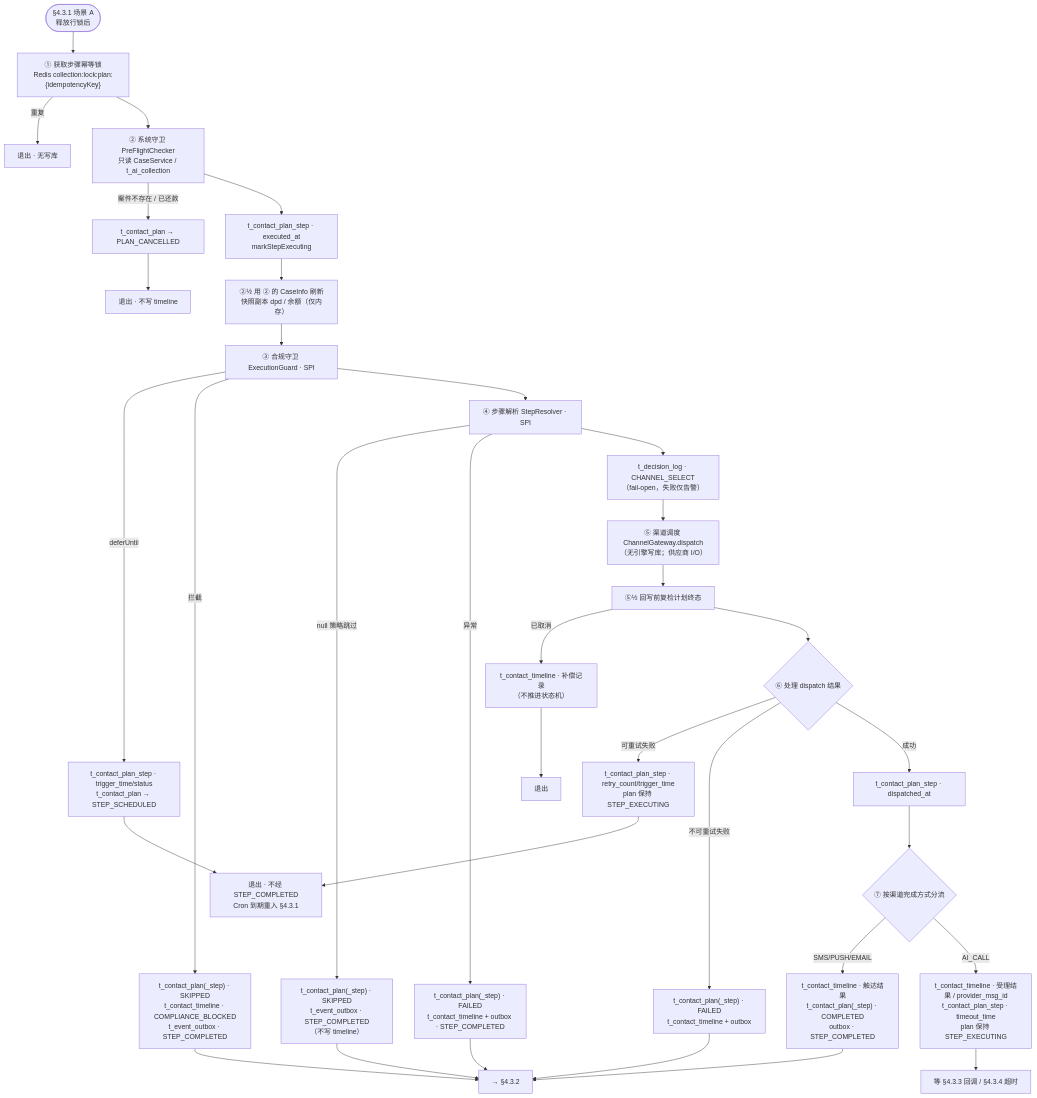
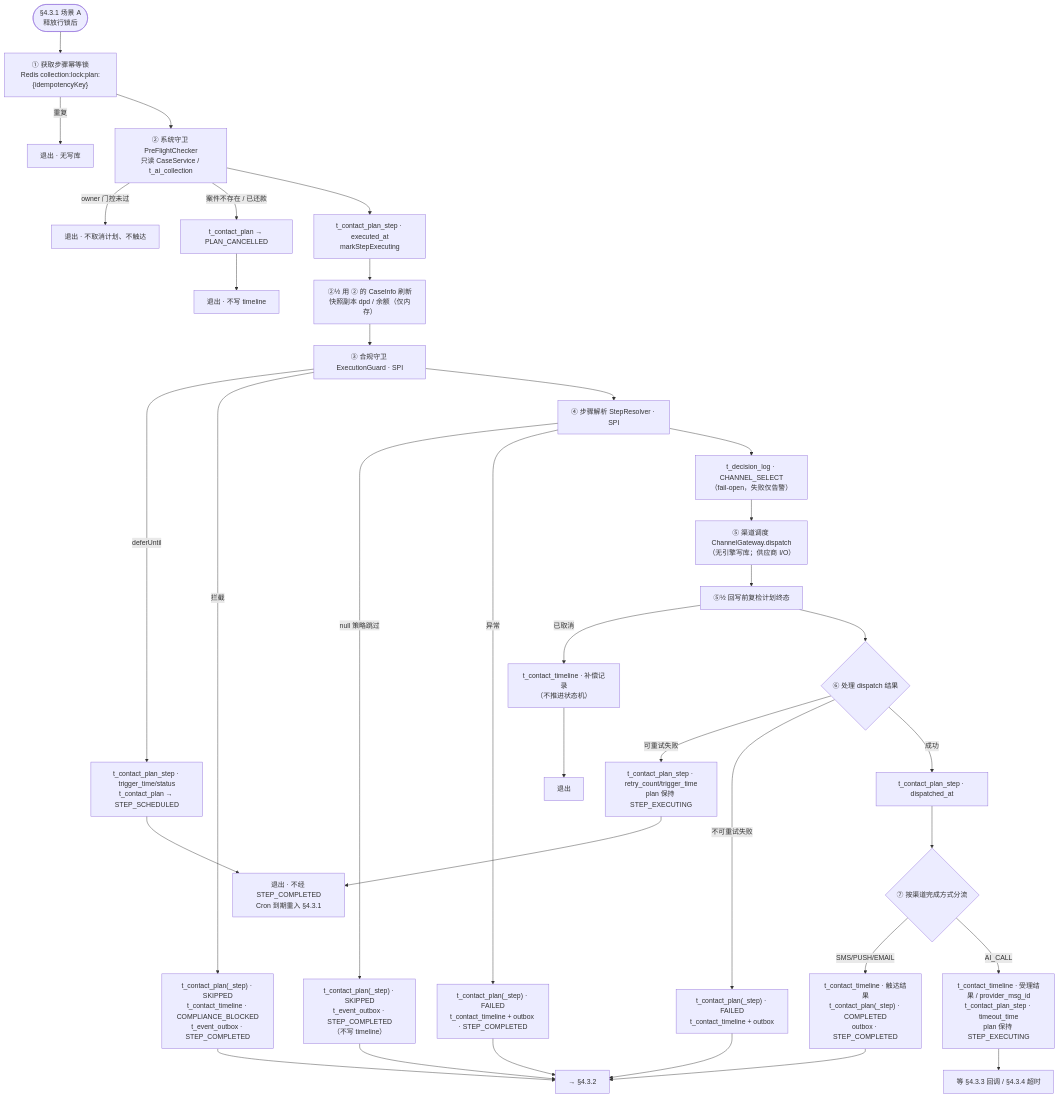
Before and after one commit to katherineliu2102/Intelligent-Collection-V1: the fifth of 6 diagrams in docs/MOCASA催收系统升级_Phase1_核心引擎规格.md, drawn with Mermaid. The commit also changed other lines of this file and 54 other files, not shown here.

````diff
--- a/docs/MOCASA催收系统升级_Phase1_核心引擎规格.md
+++ b/docs/MOCASA催收系统升级_Phase1_核心引擎规格.md
@@ -714,52 +726,53 @@
 ```mermaid
 flowchart TD
     entry(["§4.3.1 场景 A<br/>释放行锁后"]) --> idempotency
 
     idempotency["① 获取步骤幂等锁<br/>Redis collection:lock:plan:{idempotencyKey}"]
     idempotency -->|重复| duplicate_exit["退出 · 无写库"]
     idempotency --> preflight
 
     preflight["② 系统守卫 PreFlightChecker<br/>只读 CaseService / t_ai_collection"]
+    preflight -->|owner 门控未过| gated_exit["退出 · 不取消计划、不触达"]
     preflight -->|案件不存在 / 已还款| cancel_plan["t_contact_plan → PLAN_CANCELLED"]
     cancel_plan --> preflight_exit["退出 · 不写 timeline"]
     preflight --> mark_executing["t_contact_plan_step · executed_at<br/>markStepExecuting"]
     mark_executing --> refresh["②½ 用 ② 的 CaseInfo 刷新<br/>快照副本 dpd / 余额（仅内存）"]
     refresh --> guard
 
     guard["③ 合规守卫 ExecutionGuard · SPI"]
     guard -->|deferUntil| reschedule_defer["t_contact_plan_step · trigger_time/status<br/>t_contact_plan → STEP_SCHEDULED"]
     reschedule_defer --> rescan_exit["退出 · 不经 STEP_COMPLETED<br/>Cron 到期重入 §4.3.1"]
     guard -->|拦截| record_block["t_contact_plan(_step) · SKIPPED<br/>t_contact_timeline · COMPLIANCE_BLOCKED<br/>t_event_outbox · STEP_COMPLETED"]
     record_block --> advance["→ §4.3.2"]
     guard --> resolve
 
     resolve["④ 步骤解析 StepResolver · SPI"]
     resolve -->|null 策略跳过| record_strategy_skip["t_contact_plan(_step) · SKIPPED<br/>t_event_outbox · STEP_COMPLETED<br/>（不写 timeline）"]
     record_strategy_skip --> advance
     resolve -->|异常| record_resolver_failure["t_contact_plan(_step) · FAILED<br/>t_contact_timeline + outbox · STEP_COMPLETED"]
     record_resolver_failure --> advance
     resolve --> decision_log["t_decision_log · CHANNEL_SELECT<br/>（fail-open，失败仅告警）"]
     decision_log --> dispatch
 
     dispatch["⑤ 渠道调度 ChannelGateway.dispatch<br/>（无引擎写库；供应商 I/O）"]
     dispatch --> reload_status
 
     reload_status["⑤½ 回写前复检计划终态"]
     reload_status -->|已取消| record_cancelled_dispatch["t_contact_timeline · 补偿记录<br/>（不推进状态机）"]
     record_cancelled_dispatch --> cancelled_exit["退出"]
     reload_status --> dispatch_result
 
     dispatch_result{"⑥ 处理 dispatch 结果"}
     dispatch_result -->|可重试失败| schedule_retry["t_contact_plan_step · retry_count/trigger_time<br/>plan 保持 STEP_EXECUTING"]
     schedule_retry --> rescan_exit
     dispatch_result -->|不可重试失败| record_channel_failure["t_contact_plan(_step) · FAILED<br/>t_contact_timeline + outbox"]
     record_channel_failure --> advance
     dispatch_result -->|成功| mark_dispatched["t_contact_plan_step · dispatched_at"]
     mark_dispatched --> channel_split
 
     channel_split{"⑦ 按渠道完成方式分流"}
     channel_split -->|SMS/PUSH/EMAIL| record_sync_result["t_contact_timeline · 触达结果<br/>t_contact_plan(_step) · COMPLETED<br/>outbox · STEP_COMPLETED"]
     record_sync_result --> advance
     channel_split -->|AI_CALL| await_callback["t_contact_timeline · 受理结果 / provider_msg_id<br/>t_contact_plan_step · timeout_time<br/>plan 保持 STEP_EXECUTING"]
     await_callback --> async_exit["等 §4.3.3 回调 / §4.3.4 超时"]
 ```
````
